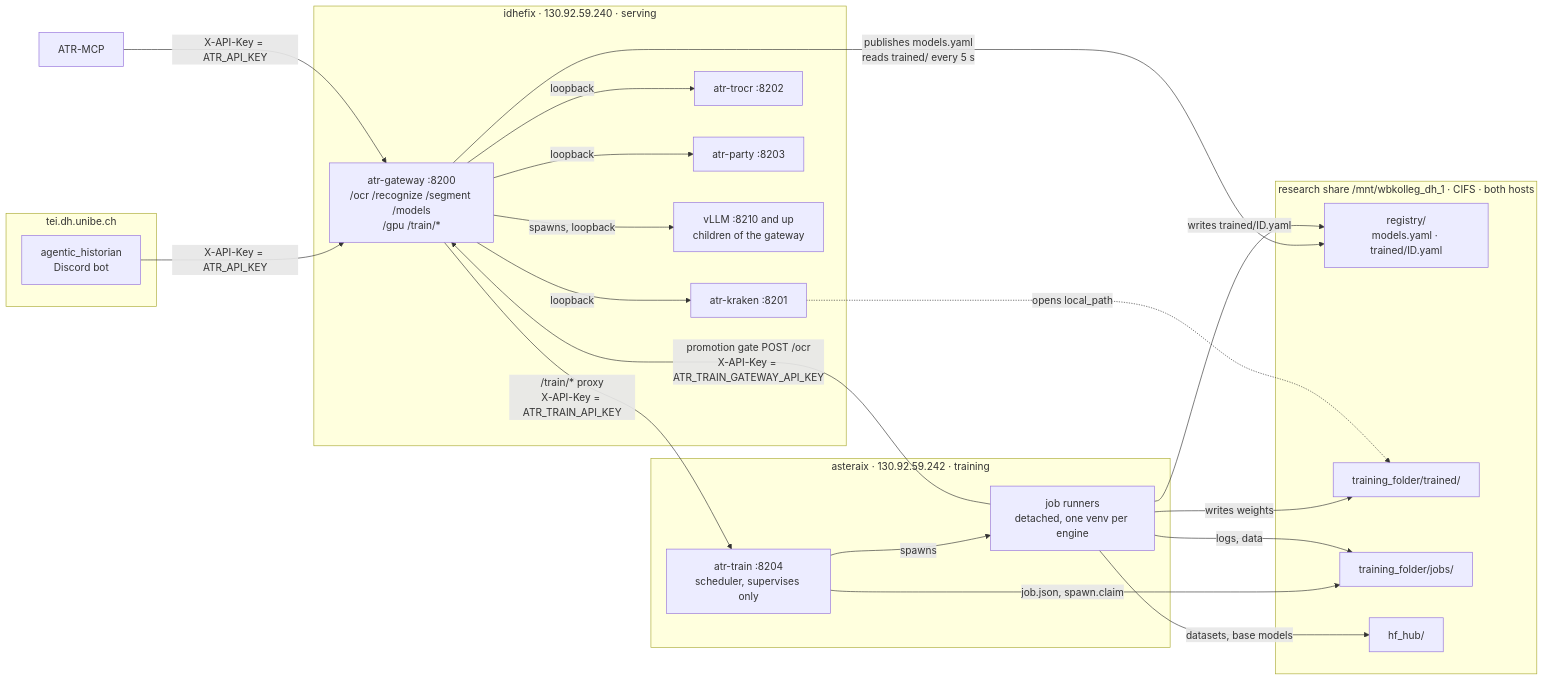
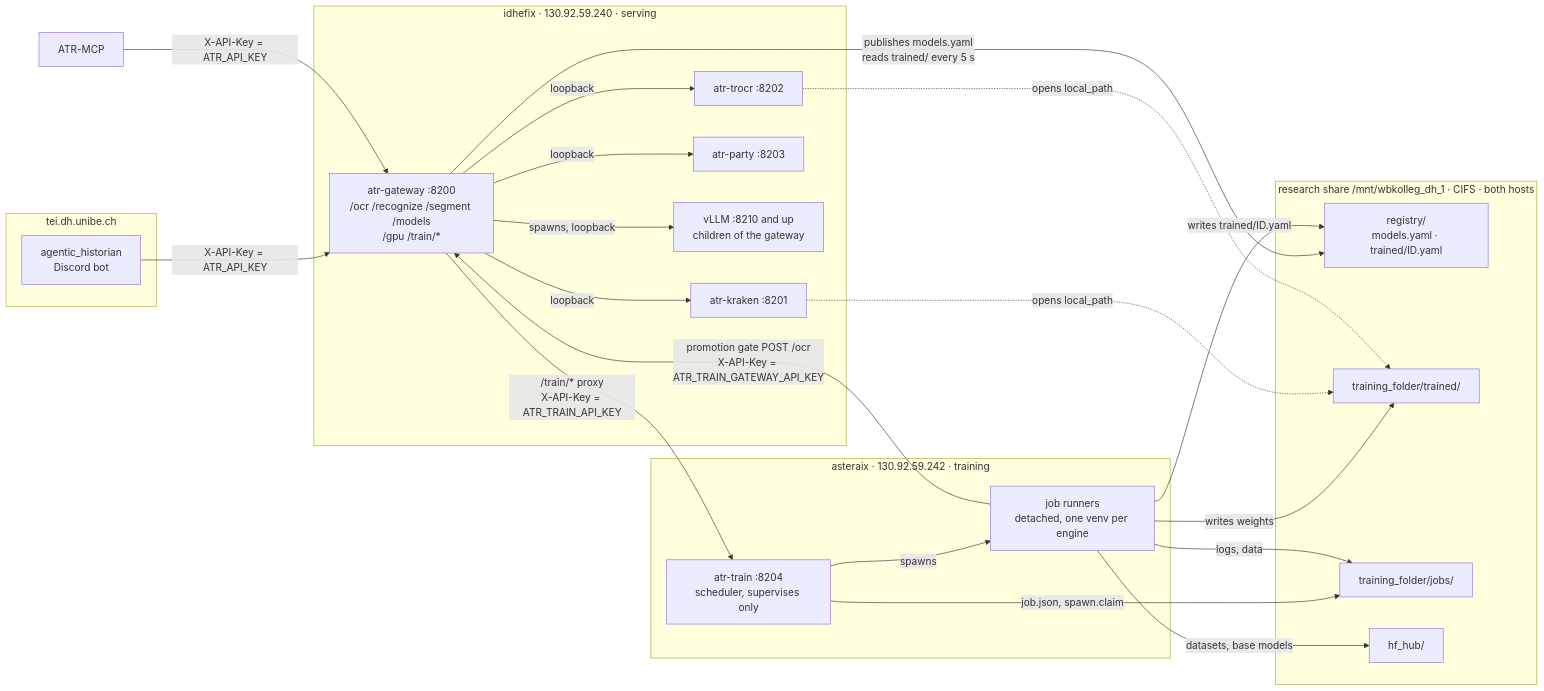
One commit to thodel/serving-atr-inference changed the first of 2 diagrams in docs/INFRASTRUCTURE.md. Above: the diagram before and after it, drawn with Mermaid. The commit also changed other lines of this file and 4 other files, not shown here.

````diff
--- a/docs/INFRASTRUCTURE.md
+++ b/docs/INFRASTRUCTURE.md
@@ -32,40 +32,41 @@
 ```mermaid
 flowchart LR
   subgraph tei["tei.dh.unibe.ch"]
     bot["agentic_historian<br/>Discord bot"]
   end
   mcp["ATR-MCP"]
   subgraph idhefix["idhefix · 130.92.59.240 · serving"]
     gw["atr-gateway :8200<br/>/ocr /recognize /segment /models<br/>/gpu /train/*"]
     kr["atr-kraken :8201"]
     tr["atr-trocr :8202"]
     pa["atr-party :8203"]
     vl["vLLM :8210 and up<br/>children of the gateway"]
   end
   subgraph asteraix["asteraix · 130.92.59.242 · training"]
     at["atr-train :8204<br/>scheduler, supervises only"]
     run["job runners<br/>detached, one venv per engine"]
   end
   subgraph share["research share /mnt/wbkolleg_dh_1 · CIFS · both hosts"]
     reg["registry/<br/>models.yaml · trained/ID.yaml"]
     wts["training_folder/trained/"]
     jobs["training_folder/jobs/"]
     hf["hf_hub/"]
   end
   bot -- "X-API-Key = ATR_API_KEY" --> gw
   mcp -- "X-API-Key = ATR_API_KEY" --> gw
   gw -- "loopback" --> kr
   gw -- "loopback" --> tr
   gw -- "loopback" --> pa
   gw -- "spawns, loopback" --> vl
   gw -- "/train/* proxy<br/>X-API-Key = ATR_TRAIN_API_KEY" --> at
   at -- "spawns" --> run
   run -- "promotion gate POST /ocr<br/>X-API-Key = ATR_TRAIN_GATEWAY_API_KEY" --> gw
   gw -- "publishes models.yaml<br/>reads trained/ every 5 s" --> reg
   run -- "writes trained/ID.yaml" --> reg
   run -- "writes weights" --> wts
   at -- "job.json, spawn.claim" --> jobs
   run -- "logs, data" --> jobs
   run -- "datasets, base models" --> hf
   kr -. "opens local_path" .-> wts
+  tr -. "opens local_path" .-> wts
 ```
````
